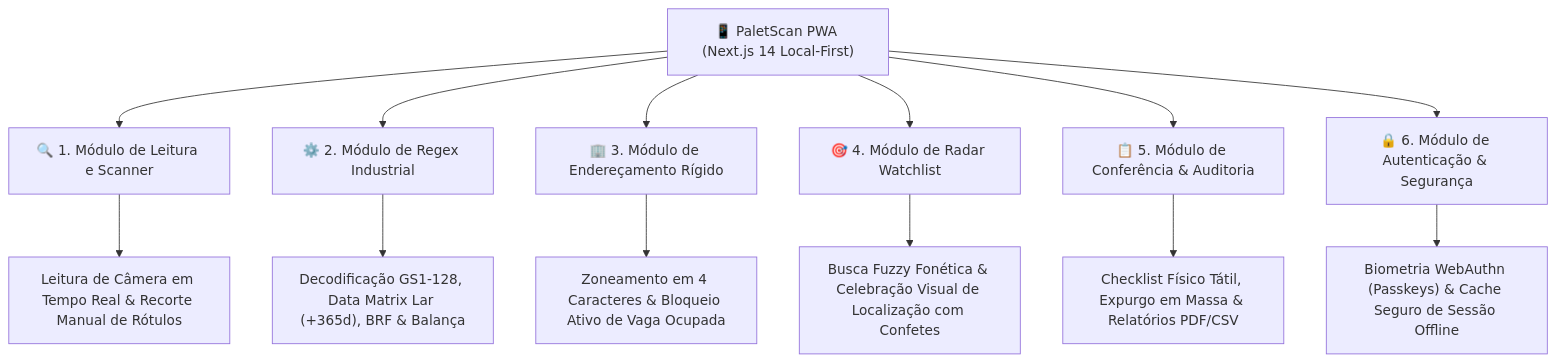
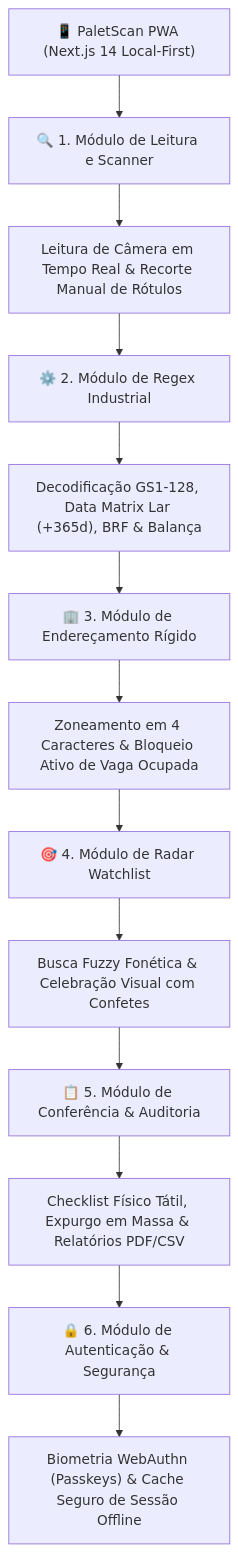
Before and after one commit to NaejBarbosa/paletscan-etl: the diagram in docs/pwa-visao-geral.md, drawn with Mermaid. The commit also changed other lines of this file and 4 other files, not shown here.

Commit message:
fix(docs): encadear diagramas em esteiras estritamente verticais para visualizacao mobile perfeita

````diff
--- a/docs/pwa-visao-geral.md
+++ b/docs/pwa-visao-geral.md
@@ -11,22 +11,22 @@
 ```mermaid
 flowchart TD
     APP["📱 PaletScan PWA (Next.js 14 Local-First)"]
 
     APP --> M1["🔍 1. Módulo de Leitura e Scanner"]
     M1 --> D1["Leitura de Câmera em Tempo Real & Recorte Manual de Rótulos"]
 
-    APP --> M2["⚙️ 2. Módulo de Regex Industrial"]
+    D1 --> M2["⚙️ 2. Módulo de Regex Industrial"]
     M2 --> D2["Decodificação GS1-128, Data Matrix Lar (+365d), BRF & Balança"]
 
-    APP --> M3["🏢 3. Módulo de Endereçamento Rígido"]
+    D2 --> M3["🏢 3. Módulo de Endereçamento Rígido"]
     M3 --> D3["Zoneamento em 4 Caracteres & Bloqueio Ativo de Vaga Ocupada"]
 
-    APP --> M4["🎯 4. Módulo de Radar Watchlist"]
-    M4 --> D4["Busca Fuzzy Fonética & Celebração Visual de Localização com Confetes"]
+    D3 --> M4["🎯 4. Módulo de Radar Watchlist"]
+    M4 --> D4["Busca Fuzzy Fonética & Celebração Visual com Confetes"]
 
-    APP --> M5["📋 5. Módulo de Conferência & Auditoria"]
+    D4 --> M5["📋 5. Módulo de Conferência & Auditoria"]
     M5 --> D5["Checklist Físico Tátil, Expurgo em Massa & Relatórios PDF/CSV"]
 
-    APP --> M6["🔒 6. Módulo de Autenticação & Segurança"]
+    D5 --> M6["🔒 6. Módulo de Autenticação & Segurança"]
     M6 --> D6["Biometria WebAuthn (Passkeys) & Cache Seguro de Sessão Offline"]
 ```
````
